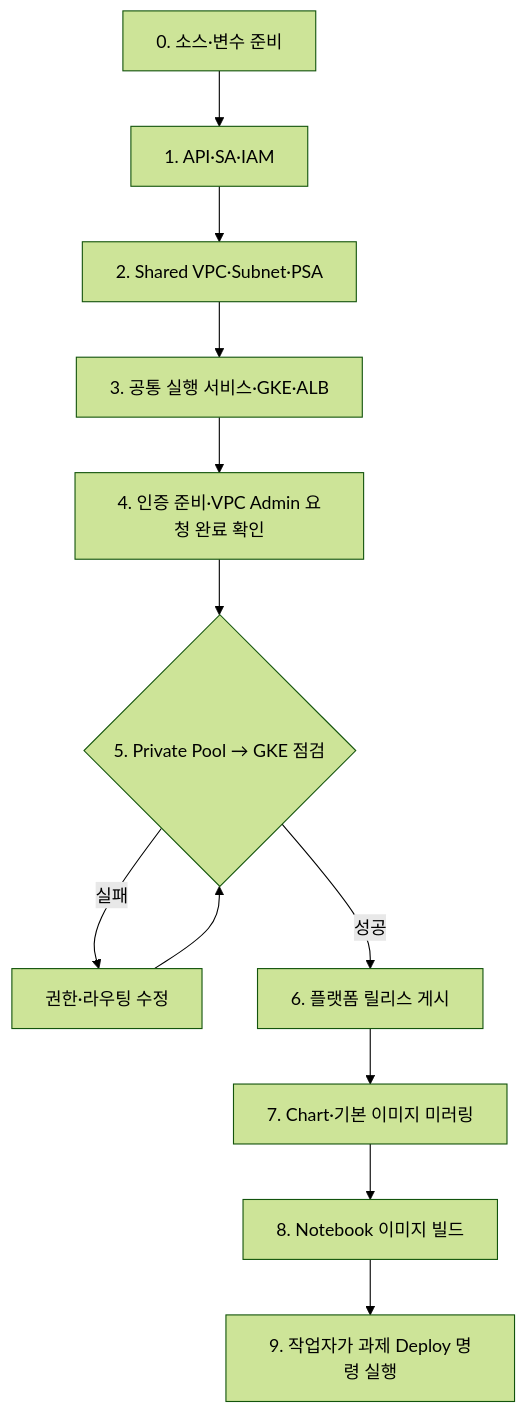
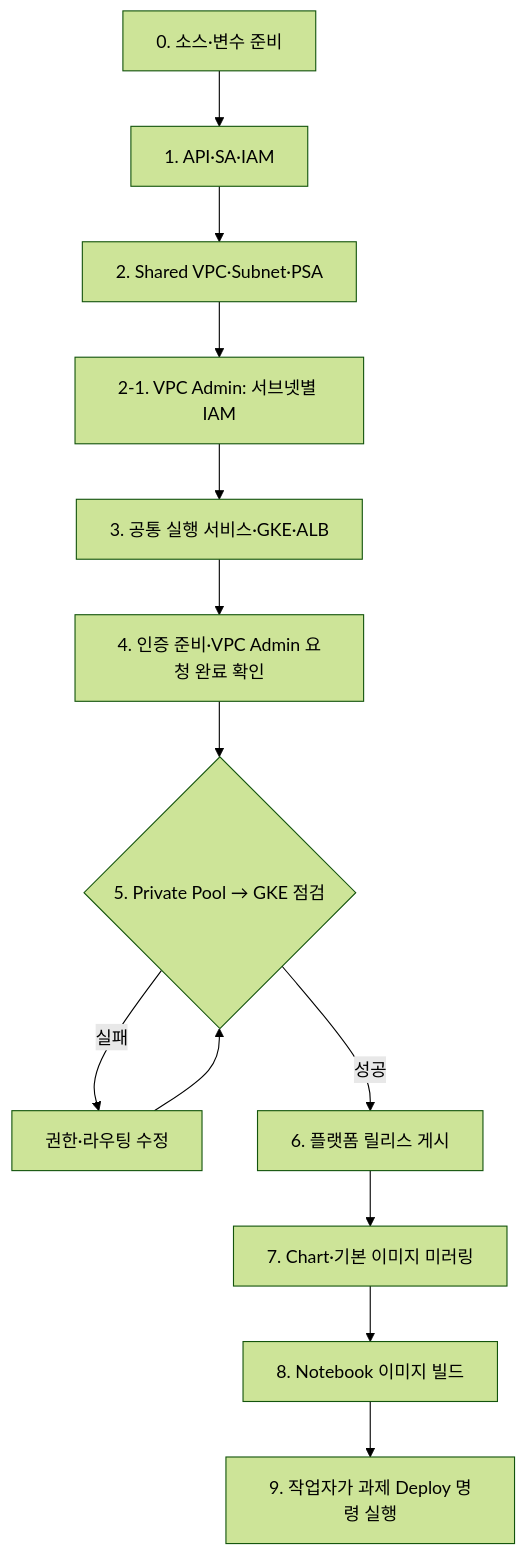
One commit to sonmap/GCP_SBX_Test01 changed the first of 2 diagrams in 01.docs/work-order.md. Above: the diagram before and after it, drawn with Mermaid (forest theme). The commit also changed other lines of this file and 21 other files, not shown here.

First line of the commit message:
Scope Shared VPC IAM to GKE and ALB VIP subnets and separate network administration

````diff
--- a/01.docs/work-order.md
+++ b/01.docs/work-order.md
@@ -17,14 +19,15 @@
 ```mermaid
 flowchart TD
     A["0. 소스·변수 준비"] --> B["1. API·SA·IAM"]
     B --> C["2. Shared VPC·Subnet·PSA"]
-    C --> D["3. 공통 실행 서비스·GKE·ALB"]
+    C --> S["2-1. VPC Admin: 서브넷별 IAM"]
+    S --> D["3. 공통 실행 서비스·GKE·ALB"]
     D --> E["4. 인증 준비·VPC Admin 요청 완료 확인"]
     E --> F{"5. Private Pool → GKE 점검"}
     F -->|실패| X["권한·라우팅 수정"]
     X --> F
     F -->|성공| G["6. 플랫폼 릴리스 게시"]
     G --> H["7. Chart·기본 이미지 미러링"]
     H --> I["8. Notebook 이미지 빌드"]
     I --> J["9. 작업자가 과제 Deploy 명령 실행"]
 ```
````
